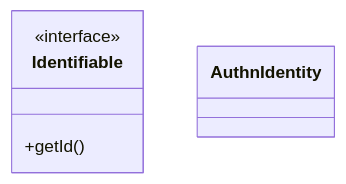
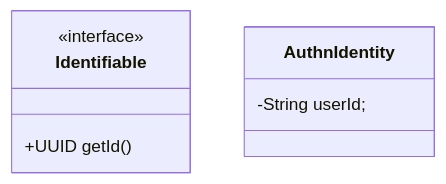
The second of 2 diagrams in README.md (xenoterracide/iw-pm-backend), drawn with Mermaid before and after one commit.

Commit message:
try again

````diff
--- a/README.md
+++ b/README.md
@@ -19,10 +19,11 @@
 ```mermaid
 classDiagram
     class Identifiable {
         <<interface>>
-        +getId()
+        +UUID getId()
     }
 
     class AuthnIdentity {
+        -String userId;
     }
 ```
````
